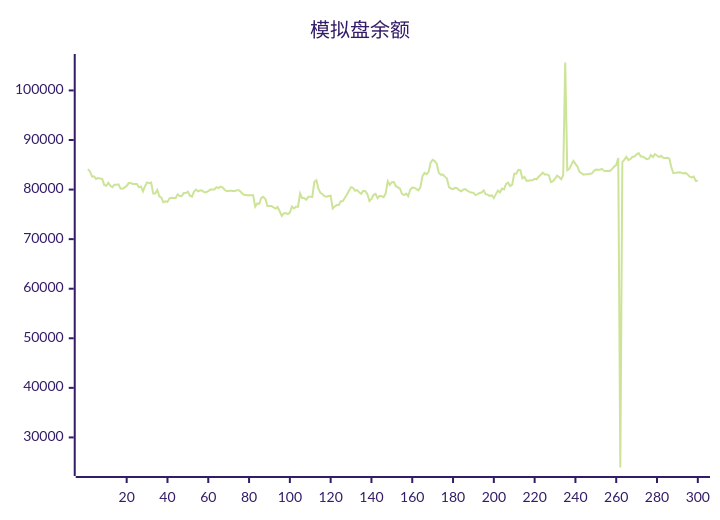
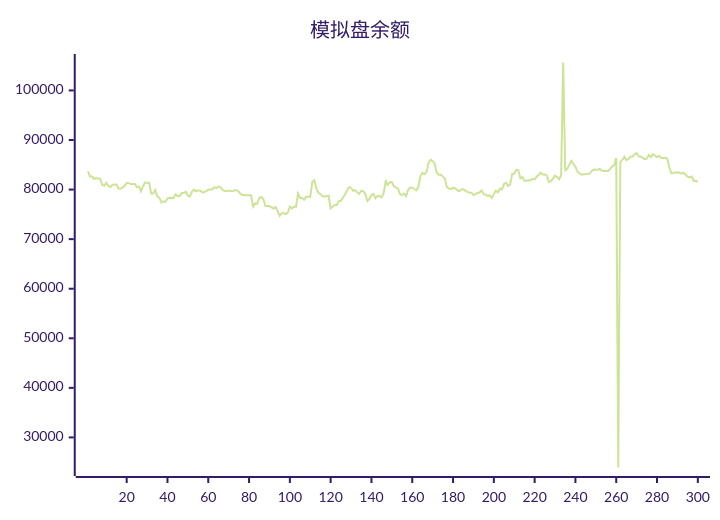
Before and after one commit to aahl/ai-trading: the diagram in README.md, drawn with Mermaid (forest theme). The commit also changed other lines of this file and 1 other file, not shown here.

````diff
--- a/README.md
+++ b/README.md
@@ -5,5 +5,5 @@
 ```mermaid
 xychart
     title "模拟盘余额"
-    line [84142,83652,82655,82655,82145,82315,82243,82163,80934,80770,81371,80742,80468,80989,80989,81067,80191,80155,80450,80737,81309,81309,81106,81119,81119,80471,80631,79624,80670,81448,81290,81429,79212,79222,79940,78643,78380,77432,77623,77504,78235,78358,78284,78277,79048,78714,78714,79290,79308,79567,78763,78563,79603,79988,79652,79813,79813,79476,79469,79673,79995,80015,80015,80486,80314,80600,80436,79966,79689,79689,79819,79692,79692,79850,79850,79518,79071,78889,78850,78850,78878,78878,76554,77202,77103,78357,78510,78106,76678,76677,76672,76411,76159,76485,75656,74695,75197,75246,75052,75334,76564,76179,76553,76551,79196,78300,78300,77944,78531,78531,78521,81564,81884,80160,79335,79055,78675,78580,78708,78764,76179,76586,76902,76876,77658,77669,78346,79023,79769,80497,80366,79761,79896,79448,79126,79749,79658,79097,77695,78114,78888,79126,78249,78738,78653,78478,79271,81680,80923,81488,81527,80681,80455,80190,79084,78879,79193,78686,79954,80403,80374,80118,79848,80491,82665,83351,83098,83525,85430,85983,85737,85221,83378,83014,83043,82613,82216,80477,80208,80081,80348,80277,79894,79670,79965,80093,79786,79542,79406,79371,78893,79087,79304,79406,79841,79072,78978,78696,78846,78272,79085,79787,79442,80198,80031,81120,81379,80718,80985,83214,83212,83993,83921,82270,82547,81776,81776,81866,81866,82158,82061,82596,83000,83408,83041,83050,82858,81503,81691,82188,82812,82517,82092,82901,105633,83898,84180,85030,85781,85178,84604,83569,83298,83008,83093,83107,83175,83228,83729,84025,84017,84019,84177,83775,83762,83785,83738,84160,84639,84939,86370,23934,85548,86046,86599,85942,86161,86622,86664,87115,87369,86666,86685,86384,86152,86243,86969,86548,87164,86885,86566,86809,86427,86348,86417,86273,84538,83299,83369,83430,83490,83404,83270,83362,83056,82605,82459,82614,81734,81788]
+    line [83652,82655,82655,82145,82315,82243,82163,80934,80770,81371,80742,80468,80989,80989,81067,80191,80155,80450,80737,81309,81309,81106,81119,81119,80471,80631,79624,80670,81448,81290,81429,79212,79222,79940,78643,78380,77432,77623,77504,78235,78358,78284,78277,79048,78714,78714,79290,79308,79567,78763,78563,79603,79988,79652,79813,79813,79476,79469,79673,79995,80015,80015,80486,80314,80600,80436,79966,79689,79689,79819,79692,79692,79850,79850,79518,79071,78889,78850,78850,78878,78878,76554,77202,77103,78357,78510,78106,76678,76677,76672,76411,76159,76485,75656,74695,75197,75246,75052,75334,76564,76179,76553,76551,79196,78300,78300,77944,78531,78531,78521,81564,81884,80160,79335,79055,78675,78580,78708,78764,76179,76586,76902,76876,77658,77669,78346,79023,79769,80497,80366,79761,79896,79448,79126,79749,79658,79097,77695,78114,78888,79126,78249,78738,78653,78478,79271,81680,80923,81488,81527,80681,80455,80190,79084,78879,79193,78686,79954,80403,80374,80118,79848,80491,82665,83351,83098,83525,85430,85983,85737,85221,83378,83014,83043,82613,82216,80477,80208,80081,80348,80277,79894,79670,79965,80093,79786,79542,79406,79371,78893,79087,79304,79406,79841,79072,78978,78696,78846,78272,79085,79787,79442,80198,80031,81120,81379,80718,80985,83214,83212,83993,83921,82270,82547,81776,81776,81866,81866,82158,82061,82596,83000,83408,83041,83050,82858,81503,81691,82188,82812,82517,82092,82901,105633,83898,84180,85030,85781,85178,84604,83569,83298,83008,83093,83107,83175,83228,83729,84025,84017,84019,84177,83775,83762,83785,83738,84160,84639,84939,86370,23934,85548,86046,86599,85942,86161,86622,86664,87115,87369,86666,86685,86384,86152,86243,86969,86548,87164,86885,86566,86809,86427,86348,86417,86273,84538,83299,83369,83430,83490,83404,83270,83362,83056,82605,82459,82614,81734,81788,81551]
 ```
````
